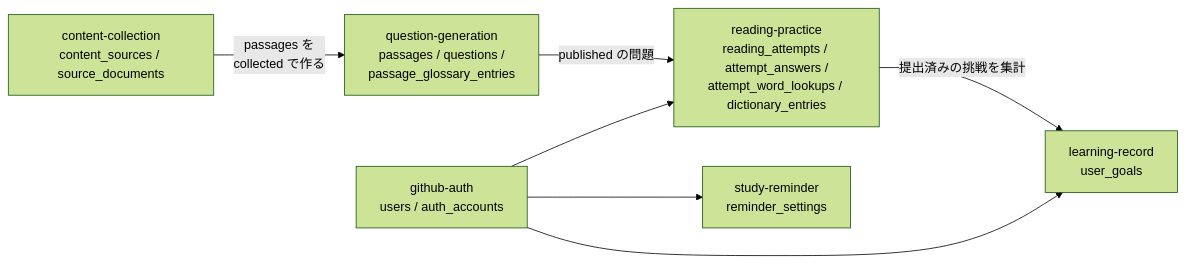
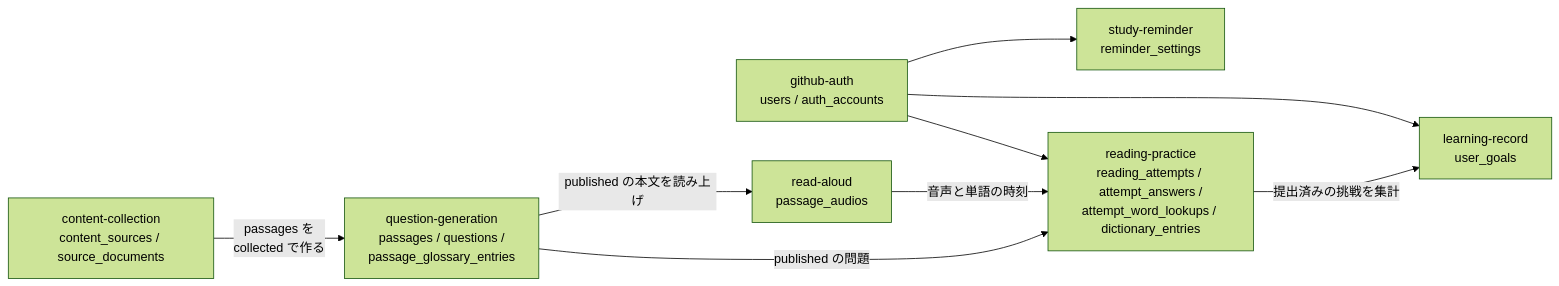
One commit to kentakki416/tech-english changed the first of 5 diagrams in docs/spec/product-overview/README.md. Above: the diagram before and after it, drawn with Mermaid (forest theme). The commit also changed other lines of this file and 7 other files, not shown here.

Commit message:
docs(read-aloud): 読み上げ機能の設計を MVP に追加

````diff
--- a/docs/spec/product-overview/README.md
+++ b/docs/spec/product-overview/README.md
@@ -136,16 +138,19 @@
 ```mermaid
 flowchart LR
     auth["github-auth<br/>users / auth_accounts"]
     collect["content-collection<br/>content_sources / source_documents"]
     gen["question-generation<br/>passages / questions /<br/>passage_glossary_entries"]
     practice["reading-practice<br/>reading_attempts / attempt_answers /<br/>attempt_word_lookups / dictionary_entries"]
     record["learning-record<br/>user_goals"]
     remind["study-reminder<br/>reminder_settings"]
+    aloud["read-aloud<br/>passage_audios"]
 
     collect -->|"passages を<br/>collected で作る"| gen
     gen -->|"published の問題"| practice
     auth --> practice
     practice -->|"提出済みの挑戦を集計"| record
     auth --> record
     auth --> remind
+    gen -->|"published の本文を読み上げ"| aloud
+    aloud -->|"音声と単語の時刻"| practice
 ```
````
